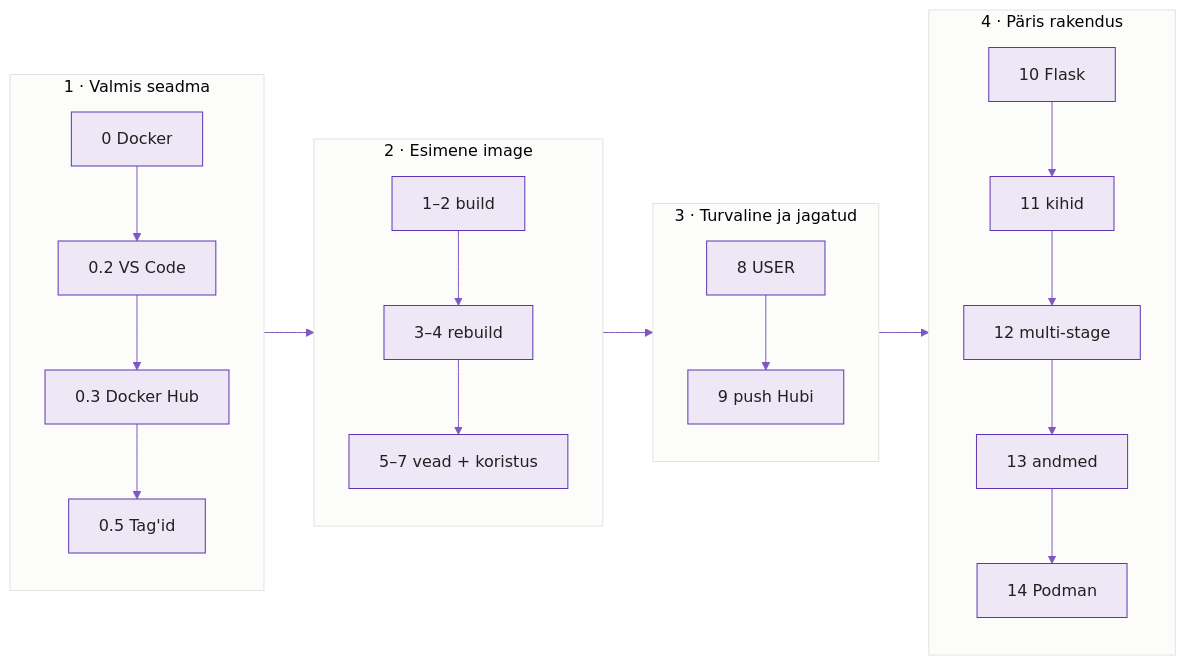
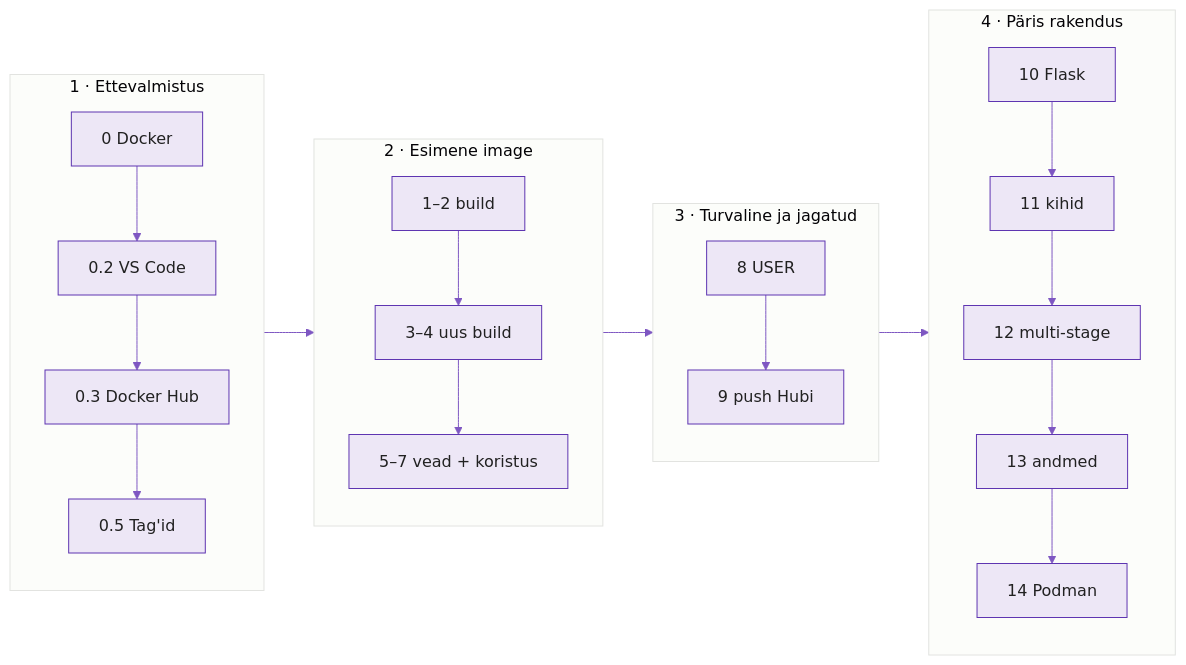
The first of 3 diagrams in docs/week05/lab.md (hkhk-automation/devops), drawn with Mermaid before and after one commit. The commit also changed other lines of this file and 7 other files, not shown here.

````diff
--- a/docs/week05/lab.md
+++ b/docs/week05/lab.md
@@ -62,17 +62,17 @@
 ```mermaid
 %%{init: {'theme':'base','themeVariables':{'primaryColor':'#ede7f6','primaryBorderColor':'#5e35b1','primaryTextColor':'#212121','lineColor':'#7e57c2'}}}%%
 graph LR
-    subgraph A[1 · Valmis seadma]
+    subgraph A[1 · Ettevalmistus]
       A0[0 Docker] --> A1[0.2 VS Code] --> A2[0.3 Docker Hub] --> A3[0.5 Tag'id]
     end
     subgraph B[2 · Esimene image]
-      B1[1–2 build] --> B2[3–4 rebuild] --> B3[5–7 vead + koristus]
+      B1[1–2 build] --> B2[3–4 uus build] --> B3[5–7 vead + koristus]
     end
     subgraph C[3 · Turvaline ja jagatud]
       C1[8 USER] --> C2[9 push Hubi]
     end
     subgraph D[4 · Päris rakendus]
       D1[10 Flask] --> D2[11 kihid] --> D3[12 multi-stage] --> D4[13 andmed] --> D5[14 Podman]
     end
     A --> B --> C --> D
 ```
````
